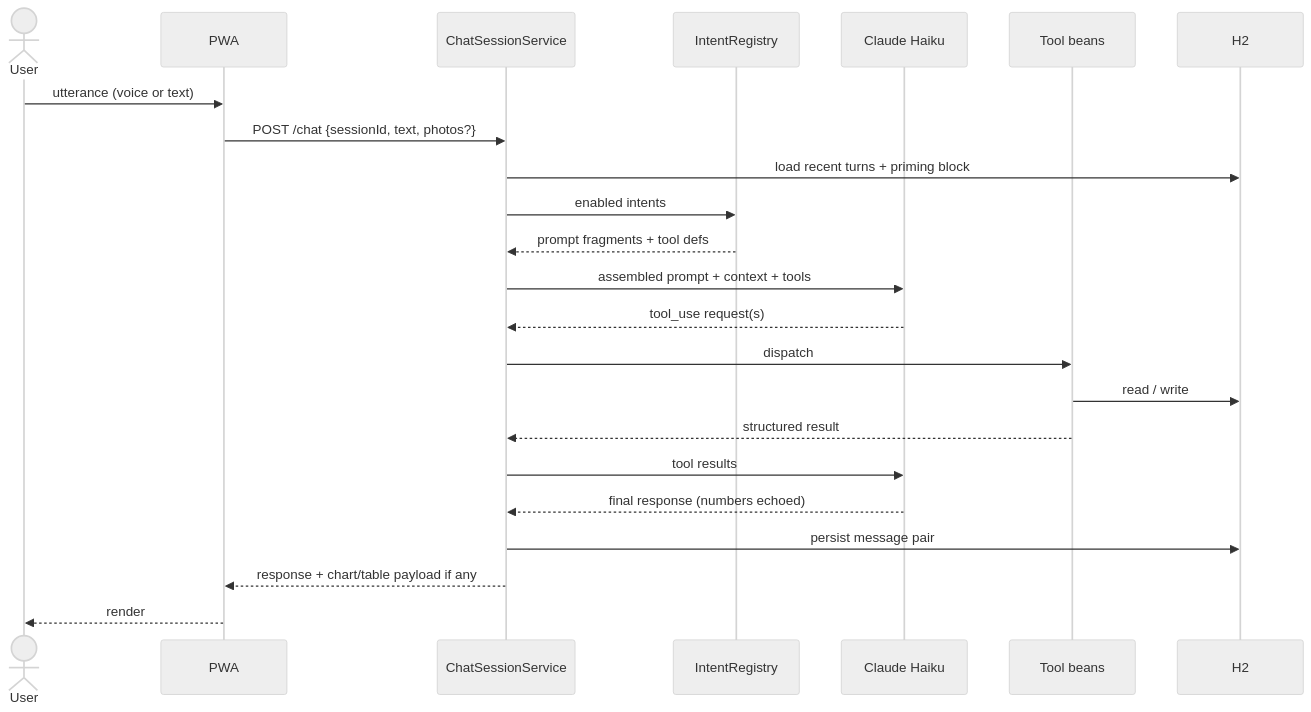
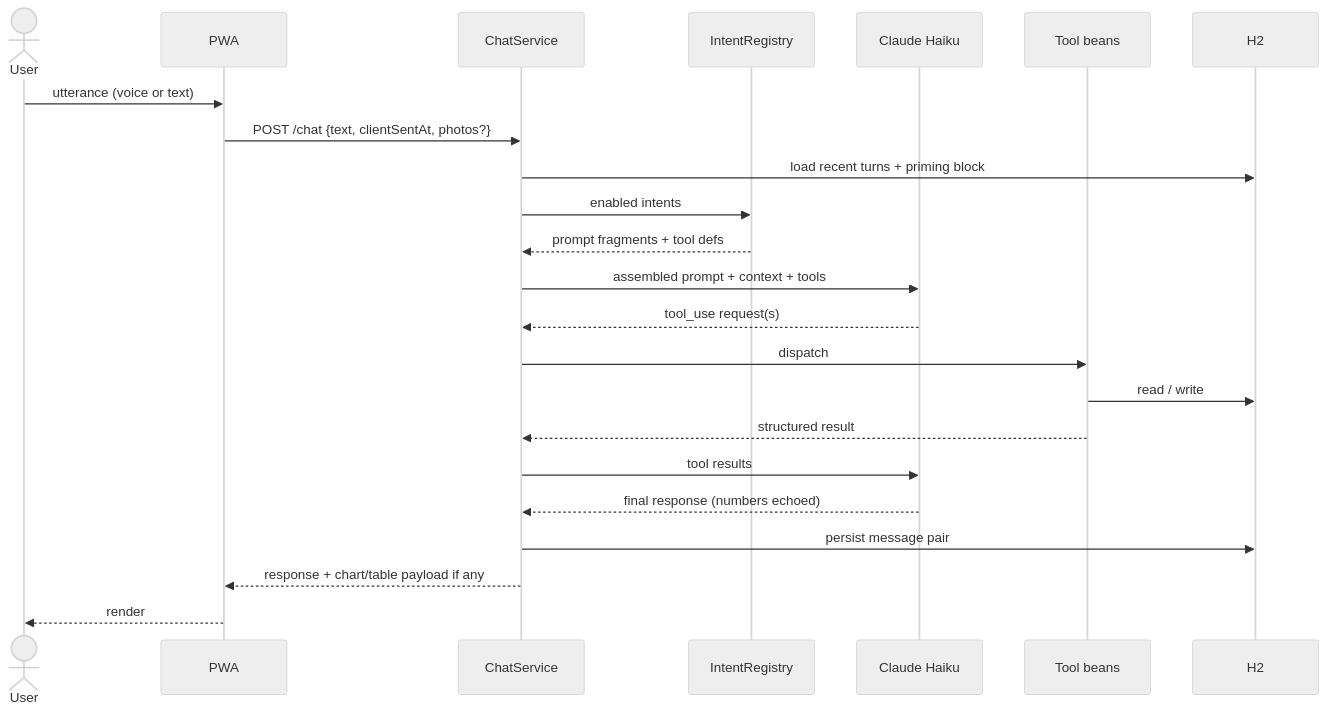
One commit to rodmxw11/chat-diet-open changed the third of 6 diagrams in SPEC.md. Above: the diagram before and after it, drawn with Mermaid (neutral theme). The commit also changed other lines of this file and 2 other files, not shown here.

````diff
--- a/SPEC.md
+++ b/SPEC.md
@@ -438,26 +435,26 @@
 ```mermaid
 sequenceDiagram
     actor U as User
     participant P as PWA
-    participant C as ChatSessionService
+    participant C as ChatService
     participant R as IntentRegistry
     participant H as Claude Haiku
     participant T as Tool beans
     participant D as H2
 
     U->>P: utterance (voice or text)
-    P->>C: POST /chat {sessionId, text, photos?}
+    P->>C: POST /chat {text, clientSentAt, photos?}
     C->>D: load recent turns + priming block
     C->>R: enabled intents
     R-->>C: prompt fragments + tool defs
     C->>H: assembled prompt + context + tools
     H-->>C: tool_use request(s)
     C->>T: dispatch
     T->>D: read / write
     T-->>C: structured result
     C->>H: tool results
     H-->>C: final response (numbers echoed)
     C->>D: persist message pair
     C-->>P: response + chart/table payload if any
     P-->>U: render
 ```
````
